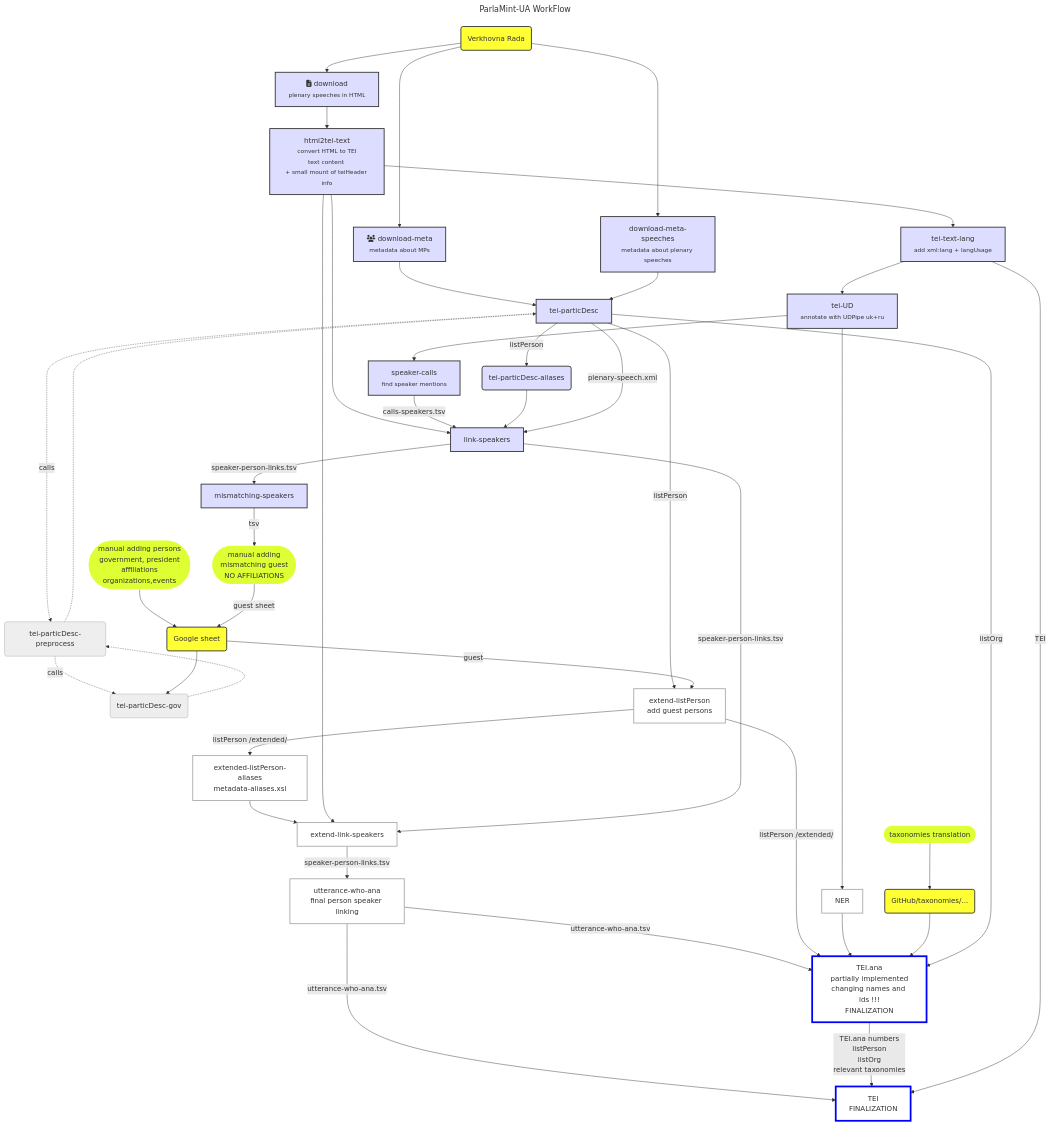
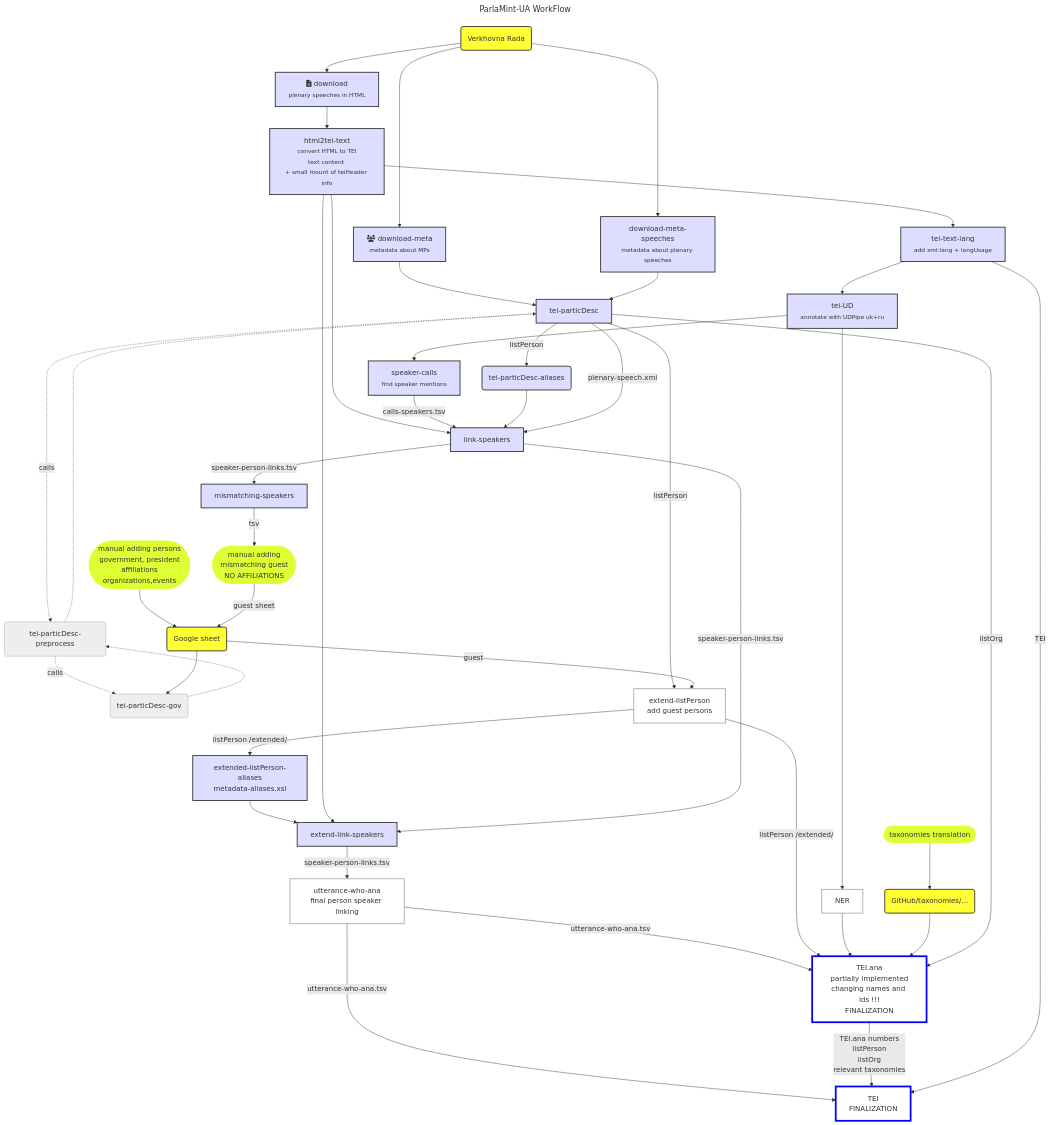
The diagram in README.md (ufal/ParlaMint-UA), drawn with Mermaid before and after one commit. The commit also changed 1 other file, not shown here.

Commit message:
update Makefile and readme workflow

```diff
--- a/README.md
+++ b/README.md
@@ -57,10 +57,10 @@
     extend-listPerson[extend-listPerson<br>add guest persons]:::TODO
     tei-particDesc --listPerson--> extend-listPerson
     GS --guest--> extend-listPerson
-    extended-listPerson-aliases[extended-listPerson-aliases<br>metadata-aliases.xsl]:::TODO
+    extended-listPerson-aliases[extended-listPerson-aliases<br>metadata-aliases.xsl]
     extend-listPerson --listPerson /extended/--> extended-listPerson-aliases
 
-    extend-link-speakers[extend-link-speakers]:::TODO
+    extend-link-speakers[extend-link-speakers]
     extended-listPerson-aliases --> extend-link-speakers
     HTML --> extend-link-speakers
     link-speakers --speaker-person-links.tsv--> extend-link-speakers
```
